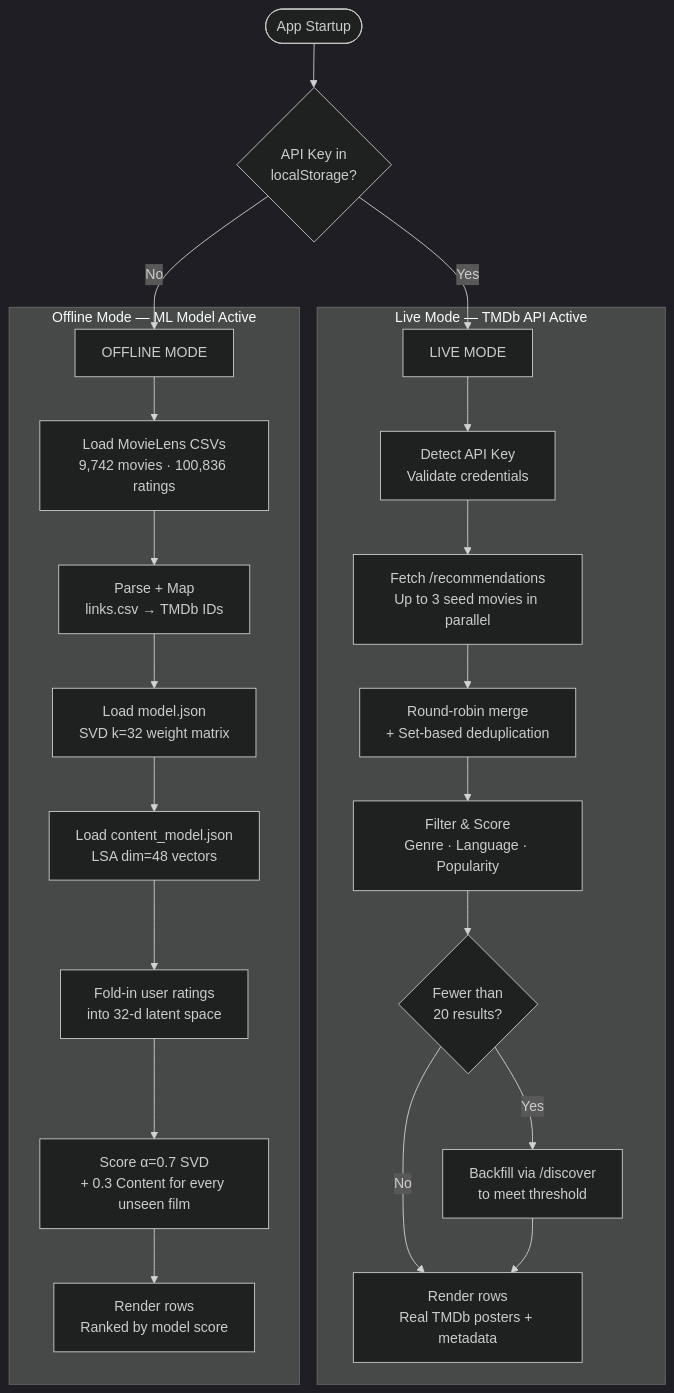
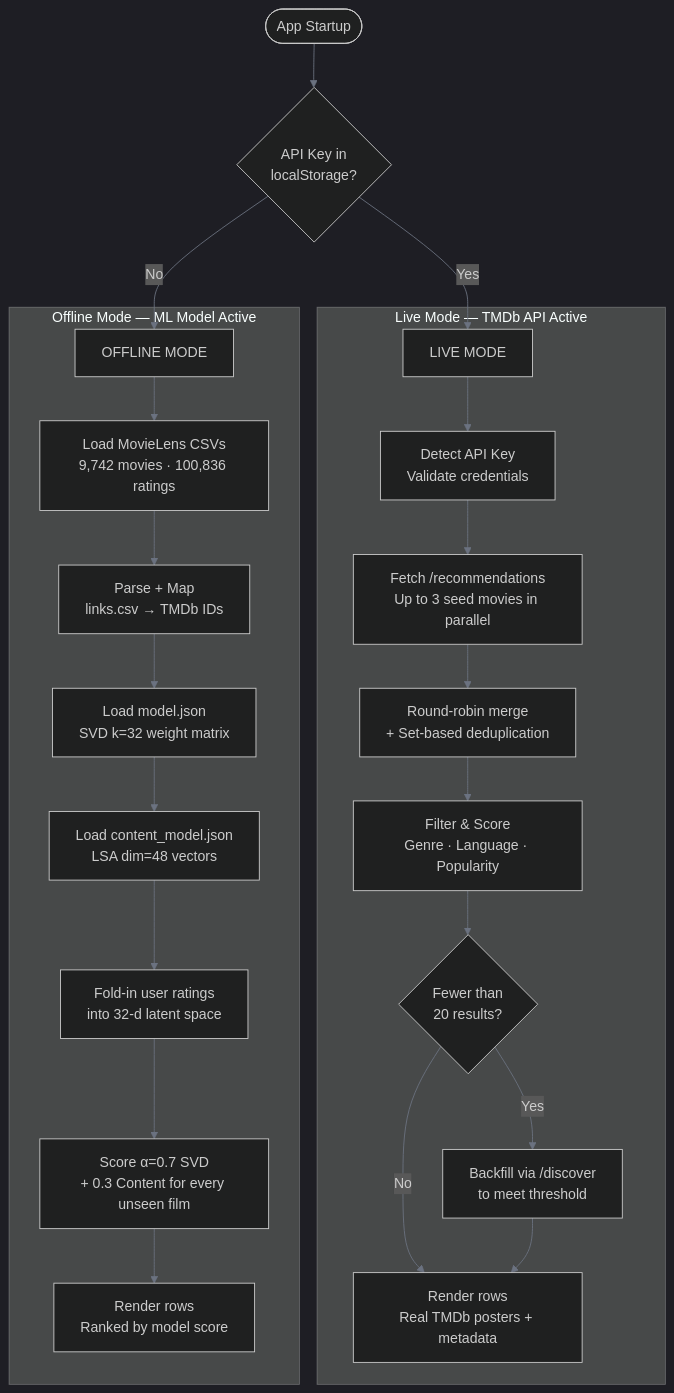
The second of 4 diagrams in README.md (4-thkind/Movie-Recommendation-Model), drawn with Mermaid before and after one commit. The commit also changed other lines of this file, not shown here.

Commit message:
ewrite README to emphasize ML pipeline and optimize flowchart visuals

````diff
--- a/README.md
+++ b/README.md
@@ -117,29 +134,32 @@
 ```mermaid
-%%{init: {'theme': 'dark'}}%%
+%%{init: {'theme': 'dark', 'themeVariables': {'primaryColor': '#1f2937', 'primaryTextColor': '#e5e7eb', 'lineColor': '#6b7280', 'background': '#0d1117'}}}%%
 flowchart TD
-    START([App Startup]) --> DETECT{API Key in\nlocalStorage?}
+    START(["App Startup"])
+    DETECT{"API Key in\nlocalStorage?"}
 
-    DETECT -->|Yes| LIVE_START[LIVE MODE]
-    DETECT -->|No| OFF_START[OFFLINE MODE]
+    START --> DETECT
+
+    DETECT -->|"Yes"| LIVE_START["LIVE MODE"]
+    DETECT -->|"No"| OFF_START["OFFLINE MODE"]
 
     subgraph LIVE [" Live Mode — TMDb API Active "]
-        LIVE_START --> L1[Detect API Key\nValidate credentials]
-        L1 --> L2[Fetch /recommendations\nUp to 3 seed movies in parallel]
-        L2 --> L3[Round-robin merge\n+ Set-based deduplication]
-        L3 --> L4[Filter & Score\nGenre · Language · Popularity]
-        L4 --> L5{Fewer than\n20 results?}
-        L5 -->|Yes| L6[Backfill via /discover\nto meet threshold]
-        L5 -->|No| L7[Render rows\nReal TMDb posters + metadata]
+        LIVE_START --> L1["Detect API Key\nValidate credentials"]
+        L1 --> L2["Fetch /recommendations\nUp to 3 seed movies in parallel"]
+        L2 --> L3["Round-robin merge\n+ Set-based deduplication"]
+        L3 --> L4["Filter & Score\nGenre · Language · Popularity"]
+        L4 --> L5{"Fewer than\n20 results?"}
+        L5 -->|"Yes"| L6["Backfill via /discover\nto meet threshold"]
+        L5 -->|"No"| L7["Render rows\nReal TMDb posters + metadata"]
         L6 --> L7
     end
 
     subgraph OFFLINE [" Offline Mode — ML Model Active "]
-        OFF_START --> O1[Load MovieLens CSVs\n9,742 movies · 100,836 ratings]
-        O1 --> O2[Parse + Map\nlinks.csv → TMDb IDs]
-        O2 --> O3[Load model.json\nSVD k=32 weight matrix]
-        O3 --> O4[Load content_model.json\nLSA dim=48 vectors]
-        O4 --> O5[Fold-in user ratings\ninto 32-d latent space]
-        O5 --> O6[Score α=0.7 SVD\n+ 0.3 Content for every unseen film]
-        O6 --> O7[Render rows\nRanked by model score]
+        OFF_START --> O1["Load MovieLens CSVs\n9,742 movies · 100,836 ratings"]
+        O1 --> O2["Parse + Map\nlinks.csv → TMDb IDs"]
+        O2 --> O3["Load model.json\nSVD k=32 weight matrix"]
+        O3 --> O4["Load content_model.json\nLSA dim=48 vectors"]
+        O4 --> O5["Fold-in user ratings\ninto 32-d latent space"]
+        O5 --> O6["Score α=0.7 SVD\n+ 0.3 Content for every unseen film"]
+        O6 --> O7["Render rows\nRanked by model score"]
     end
 ```
````
